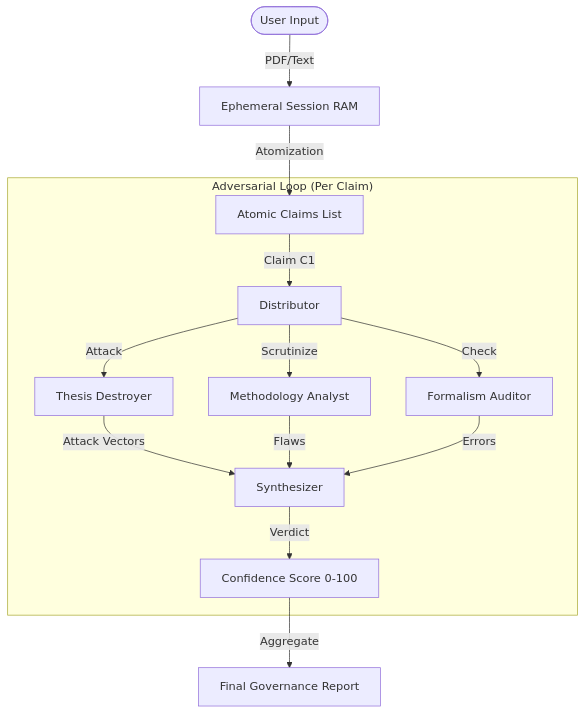
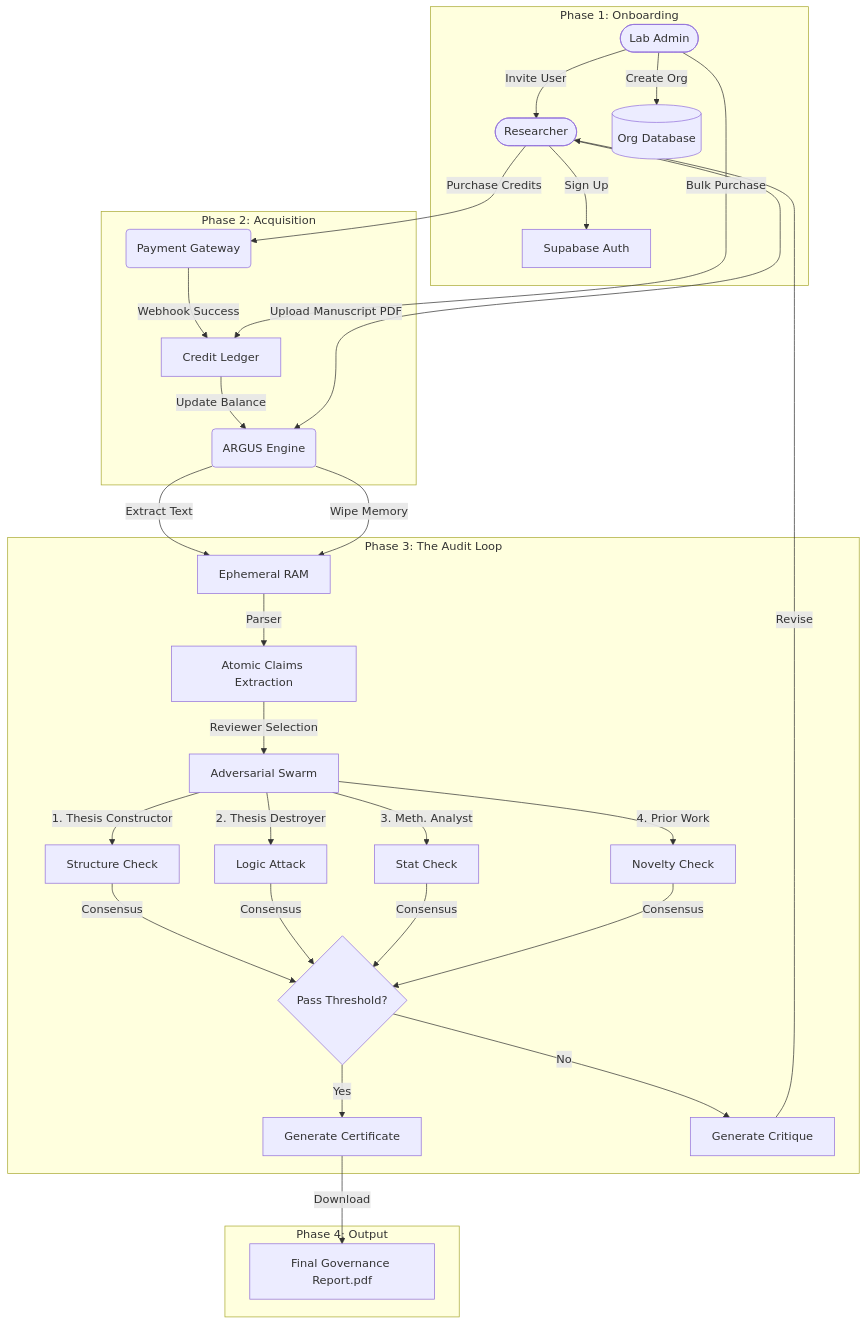
Before and after one commit to aum-metrics/ARGUS: the first of 2 diagrams in ARCHITECTURE.md, drawn with Mermaid. The commit also changed other lines of this file and 4 other files, not shown here.

Commit message:
docs: update architecture and user guide; fix(ui): use logo.jpg as favicon

````diff
--- a/ARCHITECTURE.md
+++ b/ARCHITECTURE.md
@@ -39,21 +11,46 @@
 ```mermaid
 graph TD
-    User([User Input]) -->|PDF/Text| RAM[Ephemeral Session RAM]
-    RAM -->|Atomization| Claims[Atomic Claims List]
+    %% Actors
+    User([Researcher])
+    Admin([Lab Admin])
+    System(ARGUS Engine)
+    Bank(Payment Gateway)
 
-    subgraph "Adversarial Loop (Per Claim)"
-        Claims -->|Claim C1| Dist[Distributor]
-        
-        Dist -->|Attack| Destroyer[Thesis Destroyer]
-        Dist -->|Scrutinize| Analyst[Methodology Analyst]
-        Dist -->|Check| Formalist[Formalism Auditor]
-        
-        Destroyer -->|Attack Vectors| Syn[Synthesizer]
-        Analyst -->|Flaws| Syn
-        Formalist -->|Errors| Syn
-        
-        Syn -->|Verdict| Score[Confidence Score 0-100]
+    %% Flows
+    subgraph "Phase 1: Onboarding"
+        User -->|Sign Up| Auth[Supabase Auth]
+        Admin -->|Create Org| OrgDB[(Org Database)]
+        Admin -->|Invite User| User
     end
 
-    Score -->|Aggregate| Report[Final Governance Report]
+    subgraph "Phase 2: Acquisition"
+        User -->|Purchase Credits| Bank
+        Bank -->|Webhook Success| Ledger[Credit Ledger]
+        Admin -->|Bulk Purchase| Ledger
+        Ledger -->|Update Balance| System
+    end
+
+    subgraph "Phase 3: The Audit Loop"
+        User -->|Upload Manuscript PDF| System
+        System -->|Extract Text| RAM[Ephemeral RAM]
+        RAM -->|Parser| Claims[Atomic Claims Extraction]
+        
+        Claims -->|Reviewer Selection| Agents[Adversarial Swarm]
+        
+        Agents -->|1. Thesis Constructor| Ag1[Structure Check]
+        Agents -->|2. Thesis Destroyer| Ag2[Logic Attack]
+        Agents -->|3. Meth. Analyst| Ag3[Stat Check]
+        Agents -->|4. Prior Work| Ag4[Novelty Check]
+        
+        Ag1 & Ag2 & Ag3 & Ag4 -->|Consensus| Verdict{Pass Threshold?}
+        
+        Verdict -- Yes --> Report[Generate Certificate]
+        Verdict -- No --> Feedback[Generate Critique]
+        Feedback -->|Revise| User
+    end
+
+    subgraph "Phase 4: Output"
+        Report -->|Download| UserPDF[Final Governance Report.pdf]
+        System -->|Wipe Memory| RAM
+    end
 ```
````
